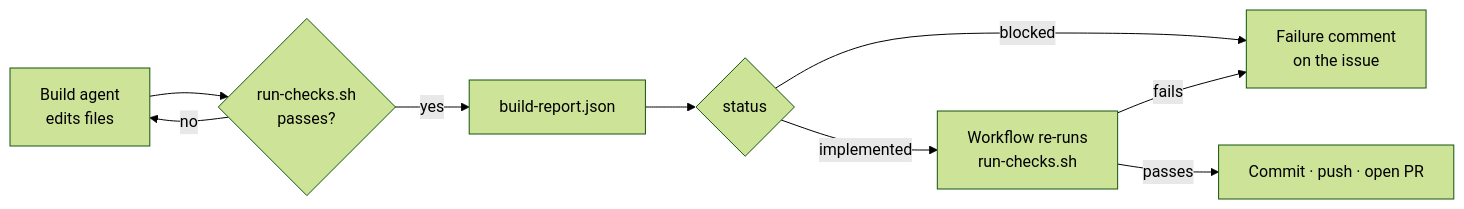
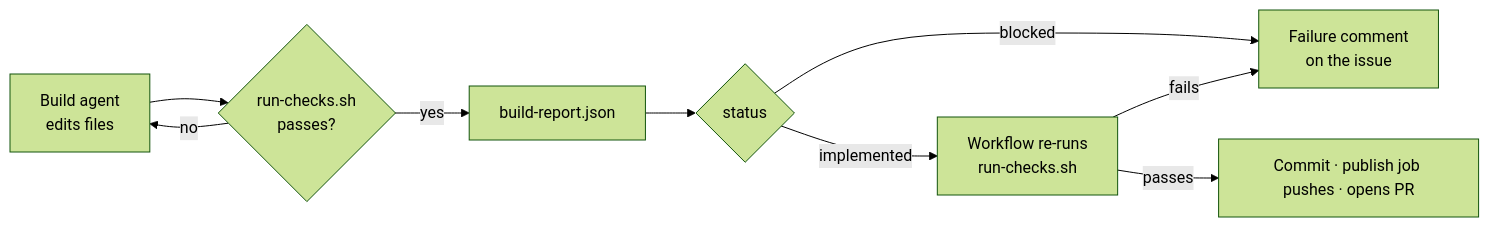
One commit to jmcfadden27/claude-code-dev-pipeline changed the second of 3 diagrams in docs/architecture.md. Above: the diagram before and after it, drawn with Mermaid (forest theme). The commit also changed other lines of this file and 32 other files, not shown here.

````diff
--- a/docs/architecture.md
+++ b/docs/architecture.md
@@ -109,11 +124,11 @@
 ```mermaid
 flowchart LR
     A[Build agent<br/>edits files] --> B{run-checks.sh<br/>passes?}
     B -- no --> A
     B -- yes --> C[build-report.json]
     C --> D{status}
     D -- blocked --> E[Failure comment<br/>on the issue]
     D -- implemented --> F[Workflow re-runs<br/>run-checks.sh]
     F -- fails --> E
-    F -- passes --> G[Commit · push · open PR]
+    F -- passes --> G[Commit · publish job pushes · opens PR]
 ```
````
